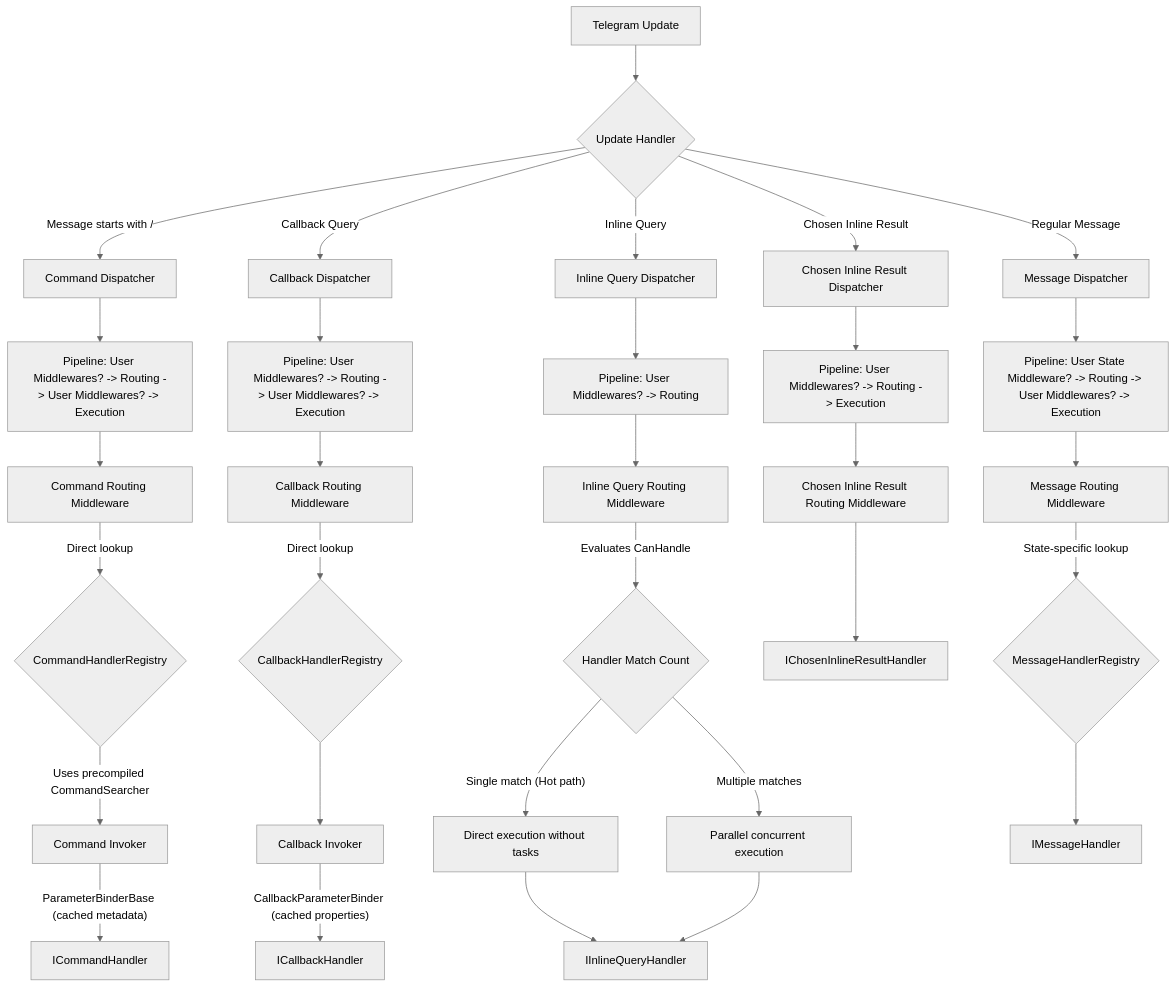
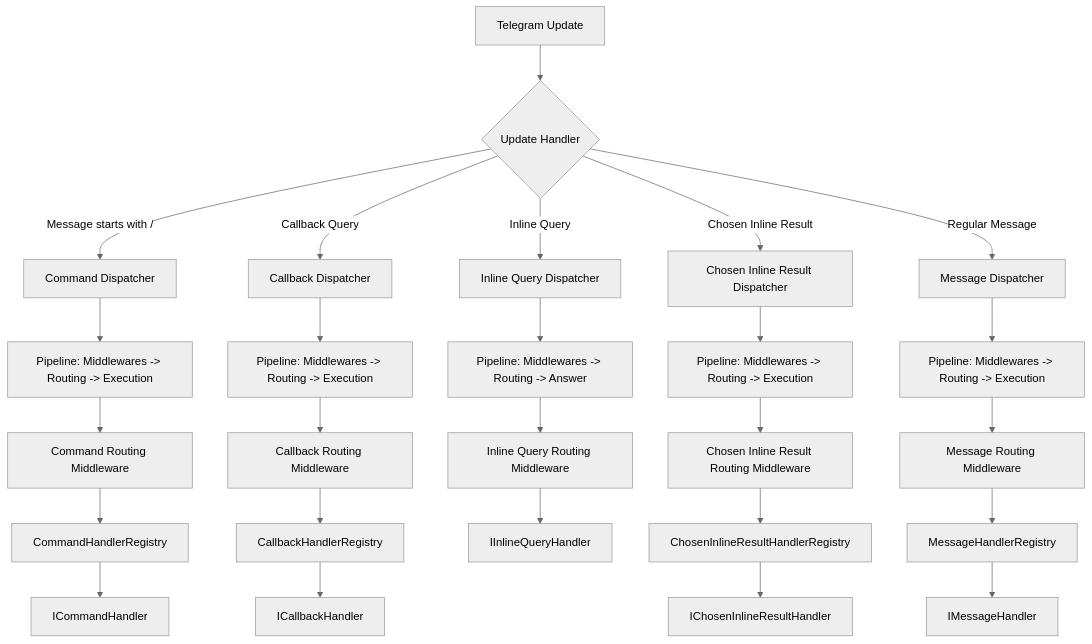
One commit to uladzislautsimankou/telegram-botkit changed the diagram in README.md. Above: the diagram before and after it, drawn with Mermaid (neutral theme). The commit also changed other lines of this file and 1 other file, not shown here.

````diff
--- a/README.md
+++ b/README.md
@@ -16,43 +14,38 @@
 ```mermaid
 graph TD
     Update[Telegram Update] --> Handler{Update Handler}
-    
+
     %% Command Flow
     Handler -- "Message starts with /" --> CmdDisp[Command Dispatcher]
-    CmdDisp --> CmdPipe[Pipeline: User Middlewares? -> Routing -> User Middlewares? -> Execution]
+    CmdDisp --> CmdPipe[Pipeline: Middlewares -> Routing -> Execution]
     CmdPipe --> CmdRouter[Command Routing Middleware]
-    CmdRouter -- "Direct lookup" --> CmdReg{CommandHandlerRegistry}
-    CmdReg -- "Uses precompiled CommandSearcher" --> CmdInvoker[Command Invoker]
-    CmdInvoker -- "ParameterBinderBase (cached metadata)" --> CmdHandler[ICommandHandler]
-    
+    CmdRouter --> CmdReg[CommandHandlerRegistry]
+    CmdReg --> CmdHandler[ICommandHandler]
+
     %% Callback Flow
     Handler -- Callback Query --> CbkDisp[Callback Dispatcher]
-    CbkDisp --> CbkPipe[Pipeline: User Middlewares? -> Routing -> User Middlewares? -> Execution]
+    CbkDisp --> CbkPipe[Pipeline: Middlewares -> Routing -> Execution]
     CbkPipe --> CbkRouter[Callback Routing Middleware]
-    CbkRouter -- "Direct lookup" --> CbkReg{CallbackHandlerRegistry}
-    CbkReg --> CbkInvoker[Callback Invoker]
-    CbkInvoker -- "CallbackParameterBinder (cached properties)" --> CbkHandler[ICallbackHandler]
+    CbkRouter --> CbkReg[CallbackHandlerRegistry]
+    CbkReg --> CbkHandler[ICallbackHandler]
 
     %% Inline Query Flow
     Handler -- Inline Query --> InlDisp[Inline Query Dispatcher]
-    InlDisp --> InlPipe[Pipeline: User Middlewares? -> Routing]
+    InlDisp --> InlPipe[Pipeline: Middlewares -> Routing -> Answer]
     InlPipe --> InlRouter[Inline Query Routing Middleware]
-    InlRouter -- "Evaluates CanHandle" --> InlExec{Handler Match Count}
-    InlExec -- "Single match (Hot path)" --> InlDirect[Direct execution without tasks]
-    InlExec -- "Multiple matches" --> InlParallel[Parallel concurrent execution]
-    InlDirect --> InlHandler[IInlineQueryHandler]
-    InlParallel --> InlHandler
+    InlRouter --> InlHandler[IInlineQueryHandler]
 
     %% Chosen Inline Result Flow
     Handler -- Chosen Inline Result --> ChoDisp[Chosen Inline Result Dispatcher]
-    ChoDisp --> ChoPipe[Pipeline: User Middlewares? -> Routing -> Execution]
+    ChoDisp --> ChoPipe[Pipeline: Middlewares -> Routing -> Execution]
     ChoPipe --> ChoRouter[Chosen Inline Result Routing Middleware]
-    ChoRouter --> ChoHandler[IChosenInlineResultHandler]
+    ChoRouter --> ChoReg[ChosenInlineResultHandlerRegistry]
+    ChoReg --> ChoHandler[IChosenInlineResultHandler]
 
     %% Message Flow
     Handler -- Regular Message --> MsgDisp[Message Dispatcher]
-    MsgDisp --> MsgPipe[Pipeline: User State Middleware? -> Routing -> User Middlewares? -> Execution]
+    MsgDisp --> MsgPipe[Pipeline: Middlewares -> Routing -> Execution]
     MsgPipe --> MsgRouter[Message Routing Middleware]
-    MsgRouter -- "State-specific lookup" --> MsgReg{MessageHandlerRegistry}
+    MsgRouter --> MsgReg[MessageHandlerRegistry]
     MsgReg --> MsgHandler[IMessageHandler]
 ```
````
